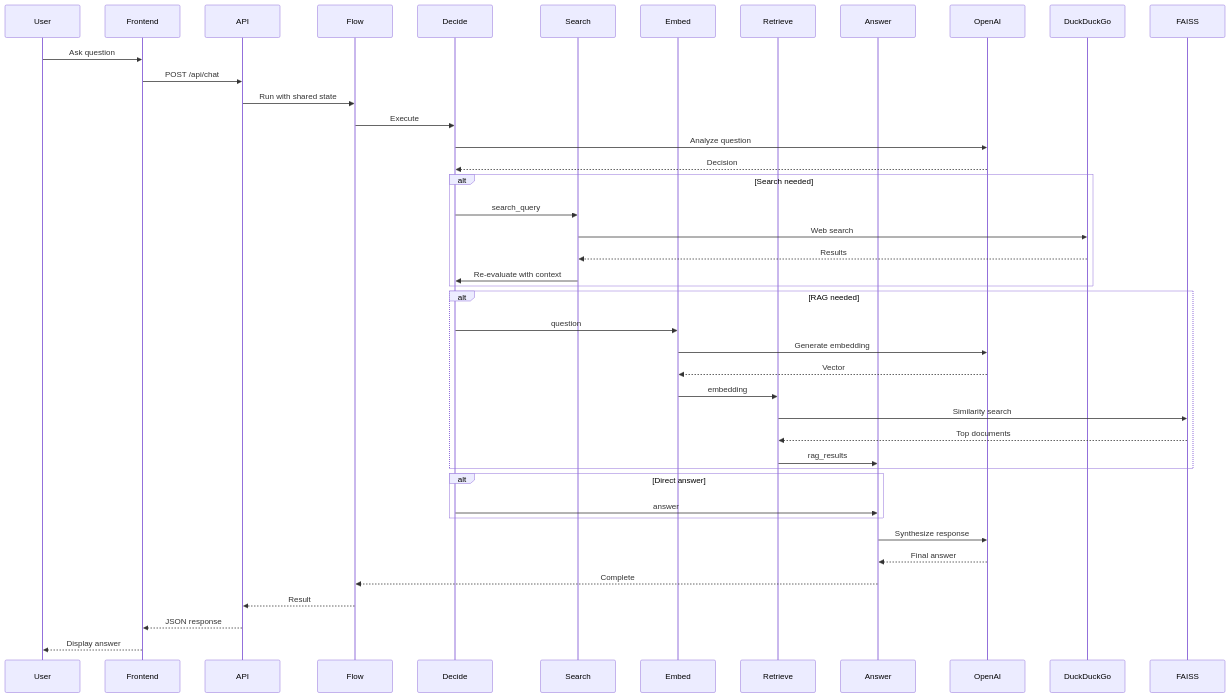
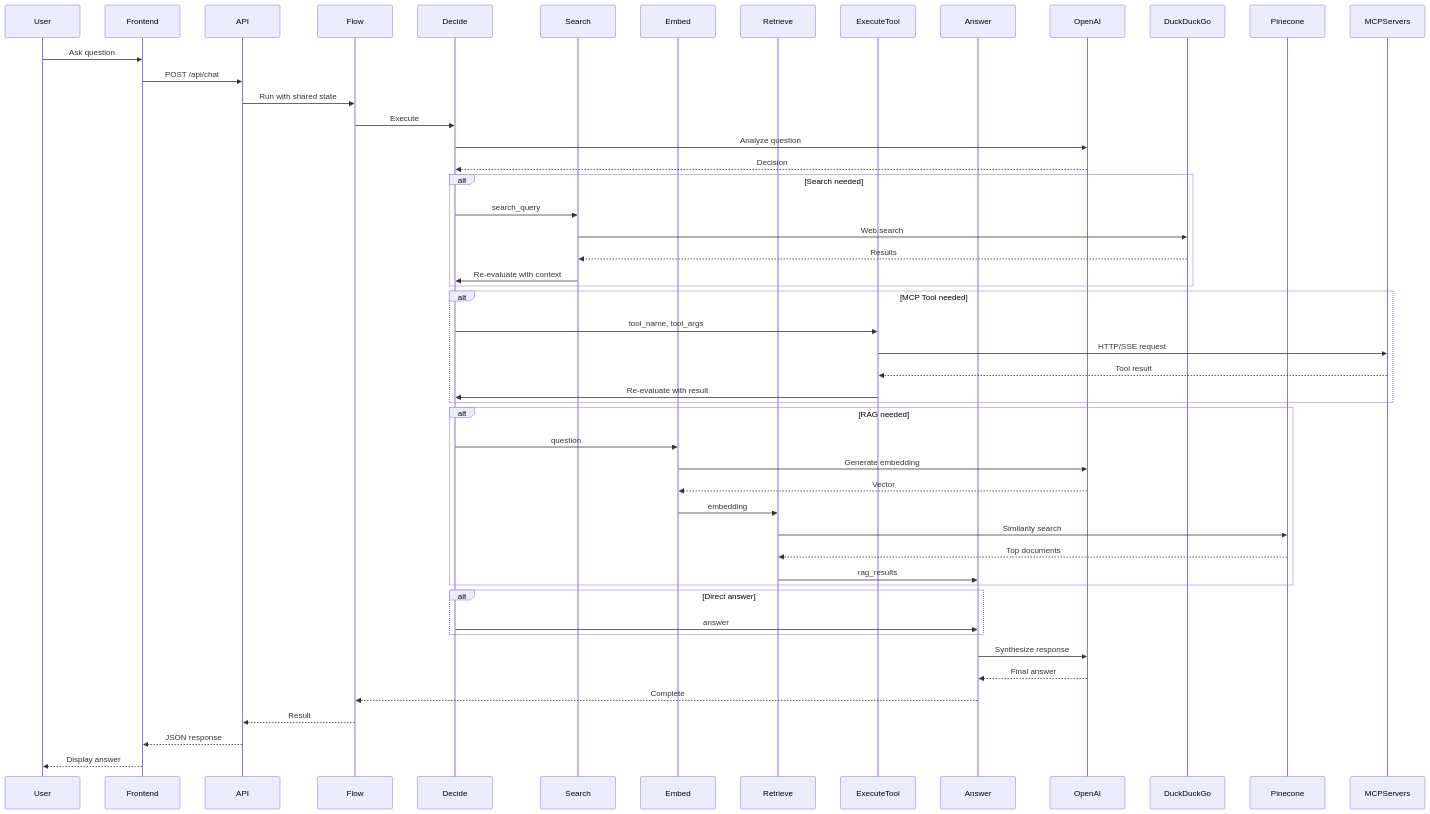
Before and after one commit to Clemboutier/MainAgent: the third of 6 diagrams in ARCHITECTURE.md, drawn with Mermaid. The commit also changed other lines of this file, not shown here.

First line of the commit message:
Revise Arch Doc to add Pinecone and MCP tools

````diff
--- a/ARCHITECTURE.md
+++ b/ARCHITECTURE.md
@@ -171,51 +217,60 @@
 ```mermaid
 sequenceDiagram
     participant User
     participant Frontend
     participant API
     participant Flow
     participant Decide
     participant Search
     participant Embed
     participant Retrieve
+    participant ExecuteTool
     participant Answer
     participant OpenAI
     participant DuckDuckGo
-    participant FAISS
+    participant Pinecone
+    participant MCPServers
 
     User->>Frontend: Ask question
     Frontend->>API: POST /api/chat
     API->>Flow: Run with shared state
     
     Flow->>Decide: Execute
     Decide->>OpenAI: Analyze question
     OpenAI-->>Decide: Decision
     
     alt Search needed
         Decide->>Search: search_query
         Search->>DuckDuckGo: Web search
         DuckDuckGo-->>Search: Results
         Search->>Decide: Re-evaluate with context
     end
     
+    alt MCP Tool needed
+        Decide->>ExecuteTool: tool_name, tool_args
+        ExecuteTool->>MCPServers: HTTP/SSE request
+        MCPServers-->>ExecuteTool: Tool result
+        ExecuteTool->>Decide: Re-evaluate with result
+    end
+    
     alt RAG needed
         Decide->>Embed: question
         Embed->>OpenAI: Generate embedding
         OpenAI-->>Embed: Vector
         Embed->>Retrieve: embedding
-        Retrieve->>FAISS: Similarity search
-        FAISS-->>Retrieve: Top documents
+        Retrieve->>Pinecone: Similarity search
+        Pinecone-->>Retrieve: Top documents
         Retrieve->>Answer: rag_results
     end
     
     alt Direct answer
         Decide->>Answer: answer
     end
     
     Answer->>OpenAI: Synthesize response
     OpenAI-->>Answer: Final answer
     Answer-->>Flow: Complete
     Flow-->>API: Result
     API-->>Frontend: JSON response
     Frontend-->>User: Display answer
 ```
````
